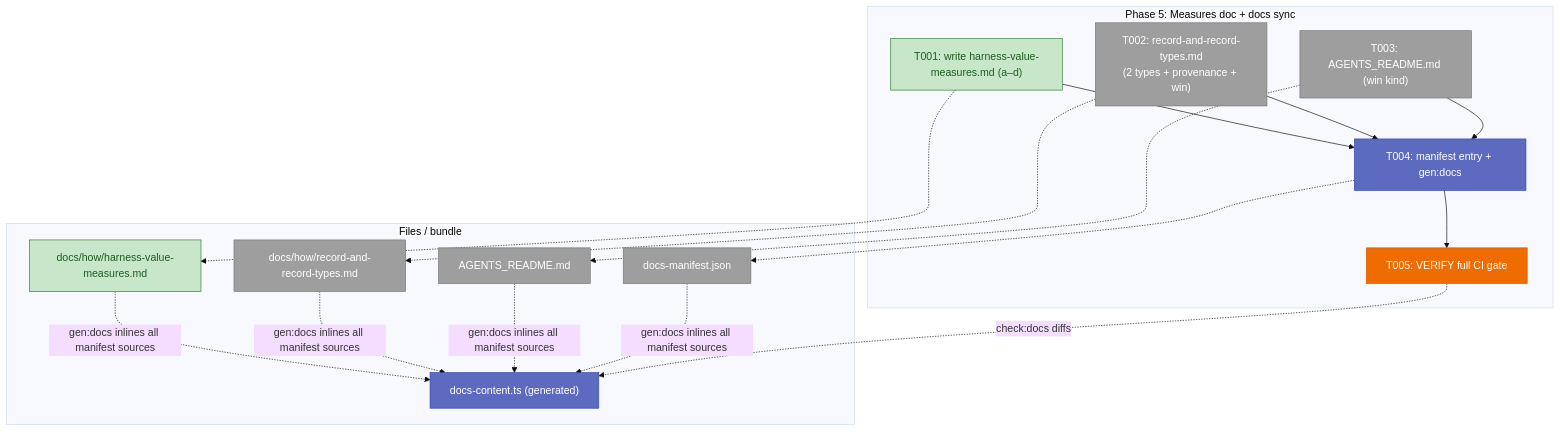
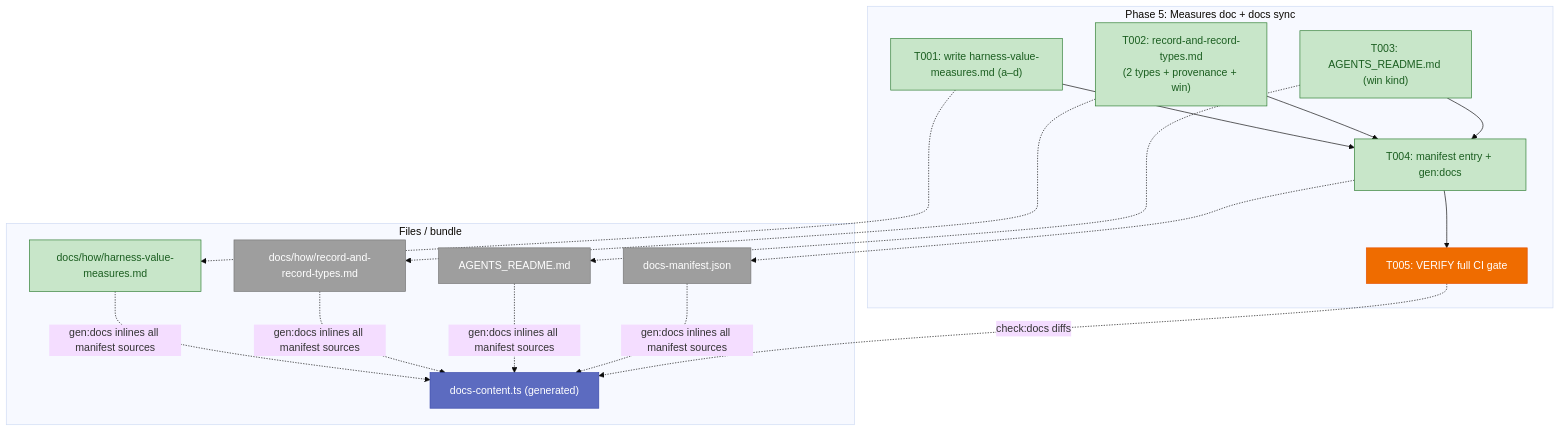
Before and after one commit to AI-Substrate/harness-engineering: the first of 3 diagrams in docs/plans/020-harness-bypass-change-records/tasks/phase-5-measures-doc-docs-sync/tasks.md, drawn with Mermaid (base theme). The commit also changed other lines of this file and 5 other files, not shown here.

First line of the commit message:
docs(020): sync record docs + bundle for the two new types + win kind

````diff
--- a/docs/plans/020-harness-bypass-change-records/tasks/phase-5-measures-doc-docs-sync/tasks.md
+++ b/docs/plans/020-harness-bypass-change-records/tasks/phase-5-measures-doc-docs-sync/tasks.md
@@ -79,34 +79,34 @@
 ```mermaid
 flowchart TD
     classDef pending fill:#9E9E9E,stroke:#757575,color:#fff
     classDef gen fill:#5C6BC0,stroke:#3949AB,color:#fff
     classDef gate fill:#EF6C00,stroke:#E65100,color:#fff
     classDef done fill:#C8E6C9,stroke:#2E7D32,color:#1B5E20
 
     subgraph Phase["Phase 5: Measures doc + docs sync"]
         T001["T001: write harness-value-measures.md (a–d)"]:::done
-        T002["T002: record-and-record-types.md<br/>(2 types + provenance + win)"]:::pending
-        T003["T003: AGENTS_README.md (win kind)"]:::pending
-        T004["T004: manifest entry + gen:docs"]:::gen
+        T002["T002: record-and-record-types.md<br/>(2 types + provenance + win)"]:::done
+        T003["T003: AGENTS_README.md (win kind)"]:::done
+        T004["T004: manifest entry + gen:docs"]:::done
         T005["T005: VERIFY full CI gate"]:::gate
         T001 --> T004
         T002 --> T004
         T003 --> T004
         T004 --> T005
     end
 
     subgraph Files["Files / bundle"]
         F1["docs/how/harness-value-measures.md"]:::done
         F2["docs/how/record-and-record-types.md"]:::pending
         F3["AGENTS_README.md"]:::pending
         FM["docs-manifest.json"]:::pending
         FC["docs-content.ts (generated)"]:::gen
     end
 
     T001 -.-> F1
     T002 -.-> F2
     T003 -.-> F3
     T004 -.-> FM
     F1 & F2 & F3 & FM -.->|gen:docs inlines all manifest sources| FC
     T005 -.->|check:docs diffs| FC
 ```
````
